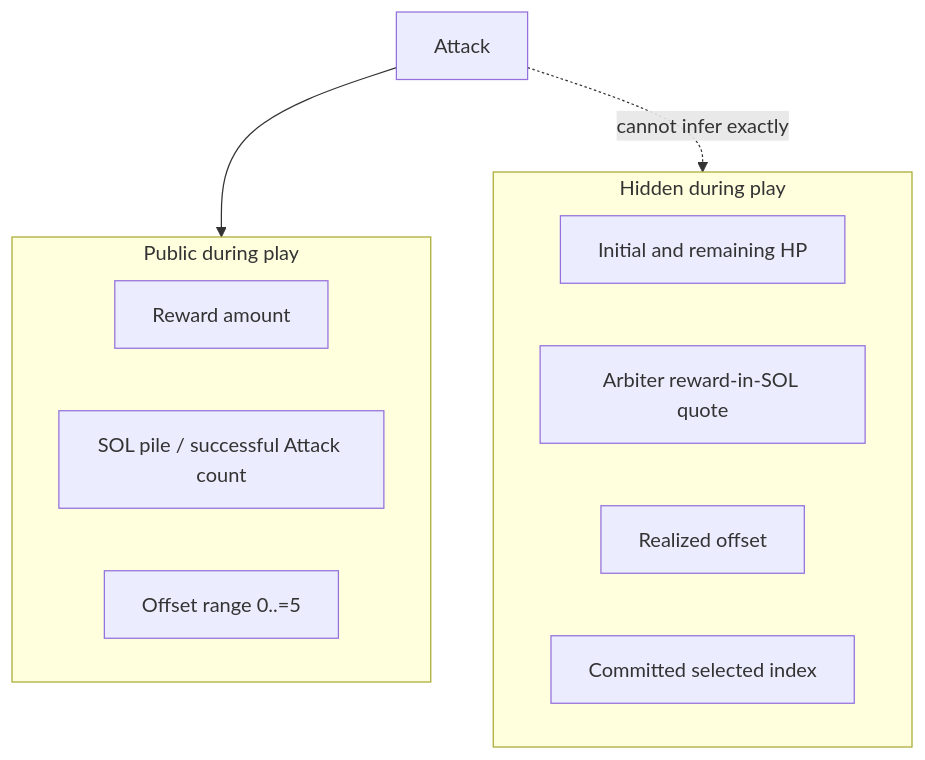
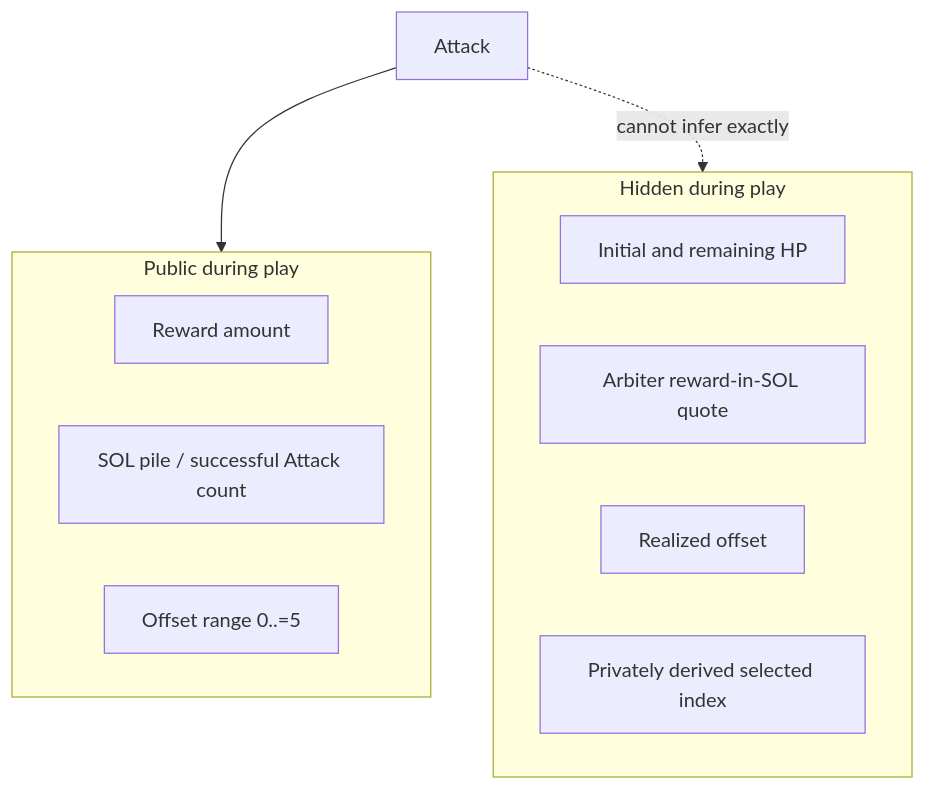
Before and after one commit to kilogold/confidential-pinata: the second of 2 diagrams in docs/game.md, drawn with Mermaid. The commit also changed other lines of this file and 6 other files, not shown here.

````diff
--- a/docs/game.md
+++ b/docs/game.md
@@ -56,16 +56,16 @@
 ```mermaid
 flowchart TB
   subgraph visible [Public during play]
     prize[Reward amount]
     pile[SOL pile / successful Attack count]
     range[Offset range 0..=5]
   end
   subgraph hidden [Hidden during play]
     hp[Initial and remaining HP]
     quote[Arbiter reward-in-SOL quote]
     off[Realized offset]
-    winner[Committed selected index]
+    winner[Privately derived selected index]
   end
   strike[Attack] --> visible
   strike -.->|cannot infer exactly| hidden
 ```
````
